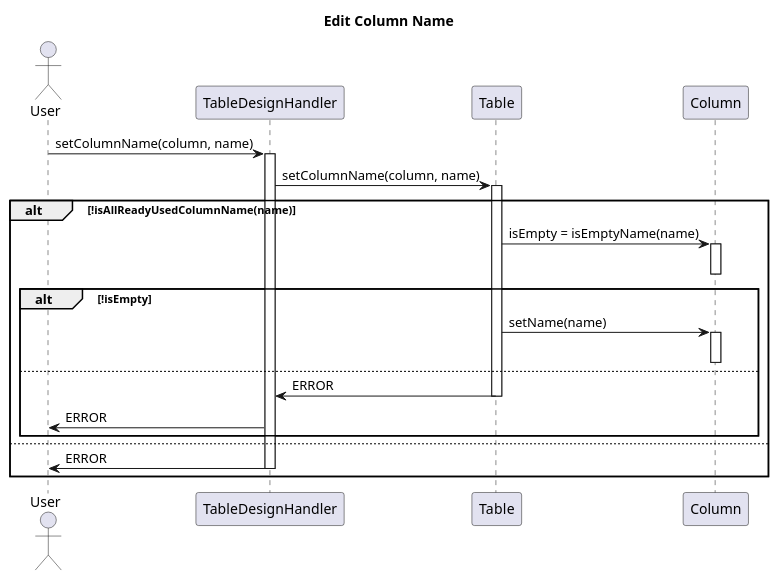
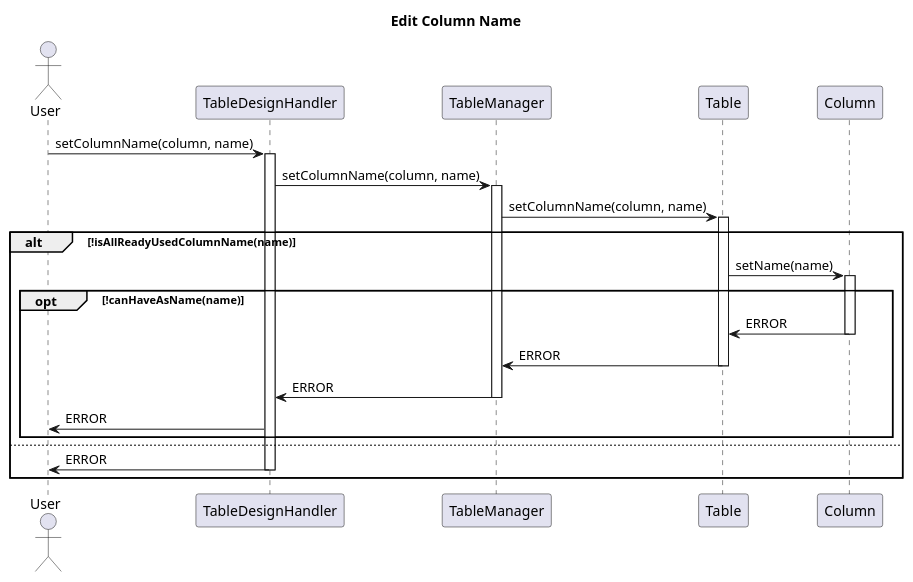
The diagram in diagrams/interactionDiagrams/editColumnName.puml (Bhamoss/softwareOntwerpProject), drawn with PlantUML before and after one commit. The commit also changed 5 other files, not shown here.

Commit message:
mijn deel van interactiondiagrams aangepast

```diff
--- a/diagrams/interactionDiagrams/editColumnName.puml
+++ b/diagrams/interactionDiagrams/editColumnName.puml
@@ -1,30 +1,33 @@
 @startuml
 title Edit Column Name
 Actor User
 
 
 User -> TableDesignHandler: setColumnName(column, name)
 activate TableDesignHandler
-TableDesignHandler -> Table: setColumnName(column, name)
+TableDesignHandler -> TableManager: setColumnName(column, name)
+activate TableManager
+TableManager -> Table: setColumnName(column, name)
+
 activate Table
 alt !isAllReadyUsedColumnName(name)
-    Table -> Column: isEmpty = isEmptyName(name)
+    Table -> Column: setName(name)
     activate Column
-    deactivate Column
-    alt !isEmpty
-        Table -> Column: setName(name)
-        activate Column
+
+    opt !canHaveAsName(name)
+        Column -> Table: ERROR
         deactivate Column
-    else
-        Table -> TableDesignHandler: ERROR
+        Table -> TableManager: ERROR
         deactivate Table
+        TableManager -> TableDesignHandler: ERROR
+        deactivate TableManager
         TableDesignHandler -> User: ERROR
     end
 else
 TableDesignHandler -> User: ERROR
 deactivate TableDesignHandler
 end
 
 
 
 @enduml
```
